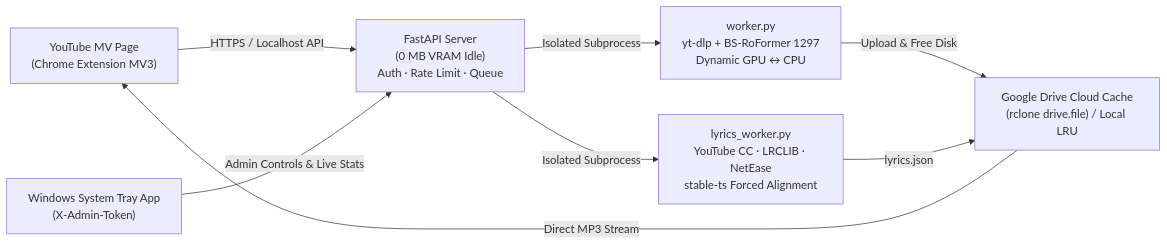
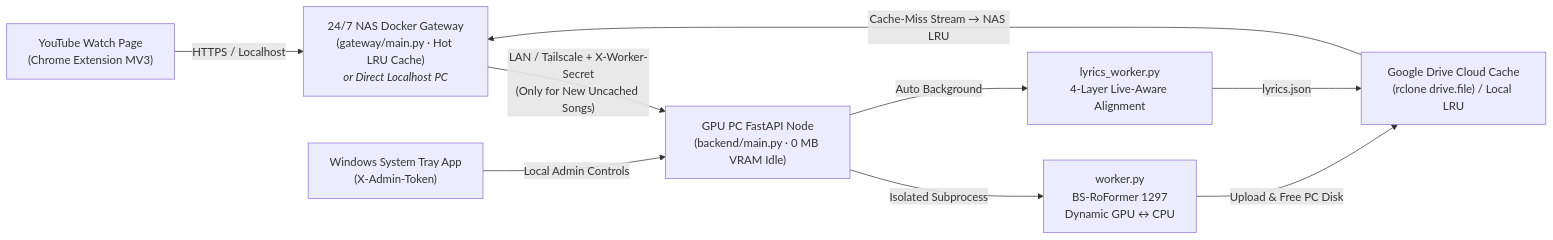
The diagram in README.md (xiNeRoar/yt-karaoke), drawn with Mermaid before and after one commit. The commit also changed other lines of this file and 8 other files, not shown here.

````diff
--- a/README.md
+++ b/README.md
@@ -48,10 +56,11 @@
 ```mermaid
 flowchart LR
-    YT["YouTube MV Page<br/>(Chrome Extension MV3)"] -->|"HTTPS / Localhost API"| API["FastAPI Server<br/>(0 MB VRAM Idle)<br/>Auth · Rate Limit · Queue"]
-    API -->|"Isolated Subprocess"| W1["worker.py<br/>yt-dlp + BS-RoFormer 1297<br/>Dynamic GPU ↔ CPU"]
-    API -->|"Isolated Subprocess"| W2["lyrics_worker.py<br/>YouTube CC · LRCLIB · NetEase<br/>stable-ts Forced Alignment"]
-    W1 -->|"Upload & Free Disk"| GD["Google Drive Cloud Cache<br/>(rclone drive.file) / Local LRU"]
+    YT["YouTube Watch Page<br/>(Chrome Extension MV3)"] -->|"HTTPS / Localhost"| GW["24/7 NAS Docker Gateway<br/>(gateway/main.py · Hot LRU Cache)<br/><i>or Direct Localhost PC</i>"]
+    GW -->|"LAN / Tailscale + X-Worker-Secret<br/>(Only for New Uncached Songs)"| API["GPU PC FastAPI Node<br/>(backend/main.py · 0 MB VRAM Idle)"]
+    API -->|"Isolated Subprocess"| W1["worker.py<br/>BS-RoFormer 1297<br/>Dynamic GPU ↔ CPU"]
+    API -->|"Auto Background"| W2["lyrics_worker.py<br/>4-Layer Live-Aware Alignment"]
+    W1 -->|"Upload & Free PC Disk"| GD["Google Drive Cloud Cache<br/>(rclone drive.file) / Local LRU"]
     W2 -->|"lyrics.json"| GD
-    GD -->|"Direct MP3 Stream"| YT
-    TRAY["Windows System Tray App<br/>(X-Admin-Token)"] -->|"Admin Controls & Live Stats"| API
+    GD -->|"Cache-Miss Stream → NAS LRU"| GW
+    TRAY["Windows System Tray App<br/>(X-Admin-Token)"] -->|"Local Admin Controls"| API
 ```
````
